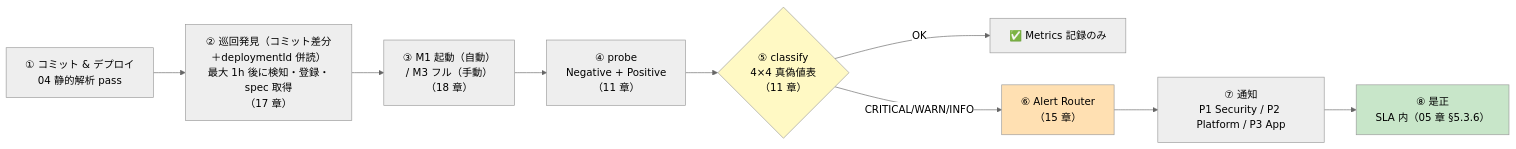
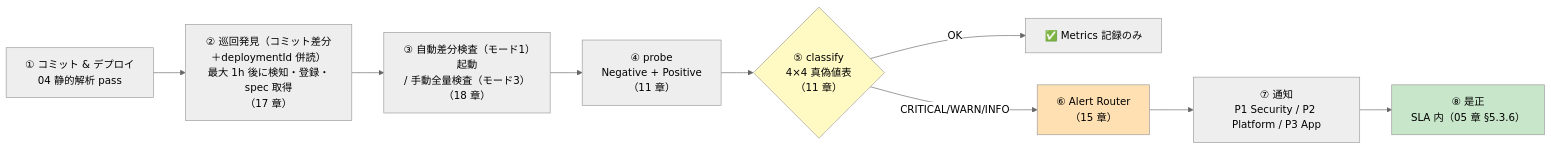
The third of 7 diagrams in doc/api-platform/basic-design/10-external-monitoring-overview.md (suepie/aws-atuh-poc), drawn with Mermaid (neutral theme) before and after one commit. The commit also changed other lines of this file and 15 other files, not shown here.

````diff
--- a/doc/api-platform/basic-design/10-external-monitoring-overview.md
+++ b/doc/api-platform/basic-design/10-external-monitoring-overview.md
@@ -171,14 +171,14 @@
 ```mermaid
 flowchart LR
     D["① コミット & デプロイ<br/>04 静的解析 pass"] --> R["② 巡回発見（コミット差分<br/>＋deploymentId 併読）<br/>最大 1h 後に検知・登録・spec 取得<br/>（17 章）"]
-    R --> T["③ M1 起動（自動）<br/>/ M3 フル（手動）<br/>（18 章）"]
+    R --> T["③ 自動差分検査（モード1）起動<br/>/ 手動全量検査（モード3）<br/>（18 章）"]
     T --> P["④ probe<br/>Negative + Positive<br/>（11 章）"]
     P --> C{"⑤ classify<br/>4×4 真偽値表<br/>（11 章）"}
     C -->|OK| OK["✅ Metrics 記録のみ"]
     C -->|CRITICAL/WARN/INFO| A["⑥ Alert Router<br/>（15 章）"]
     A --> N["⑦ 通知<br/>P1 Security / P2 Platform / P3 App"]
     N --> FIX["⑧ 是正<br/>SLA 内（05 章 §5.3.6）"]
     style C fill:#fff9c4
     style A fill:#ffe0b2
     style FIX fill:#c8e6c9
 ```
````
